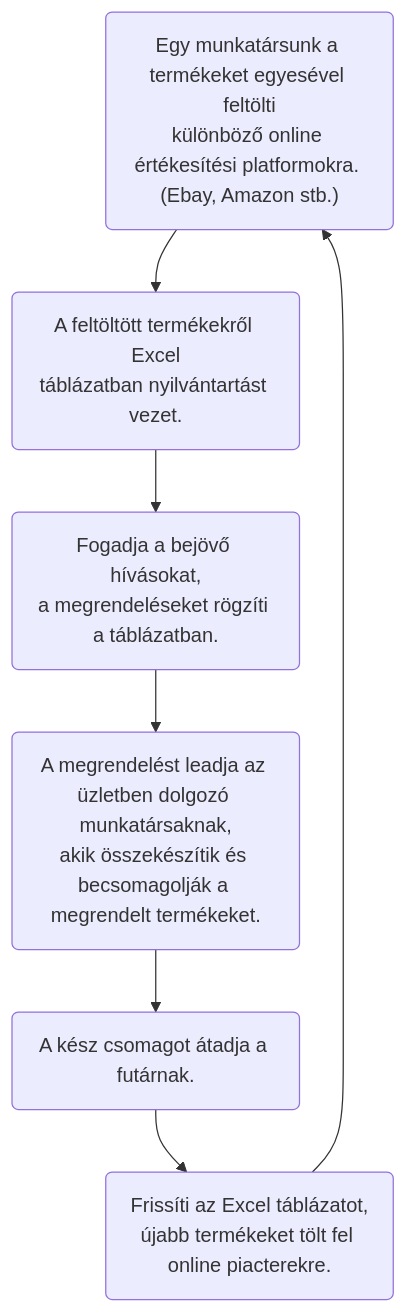
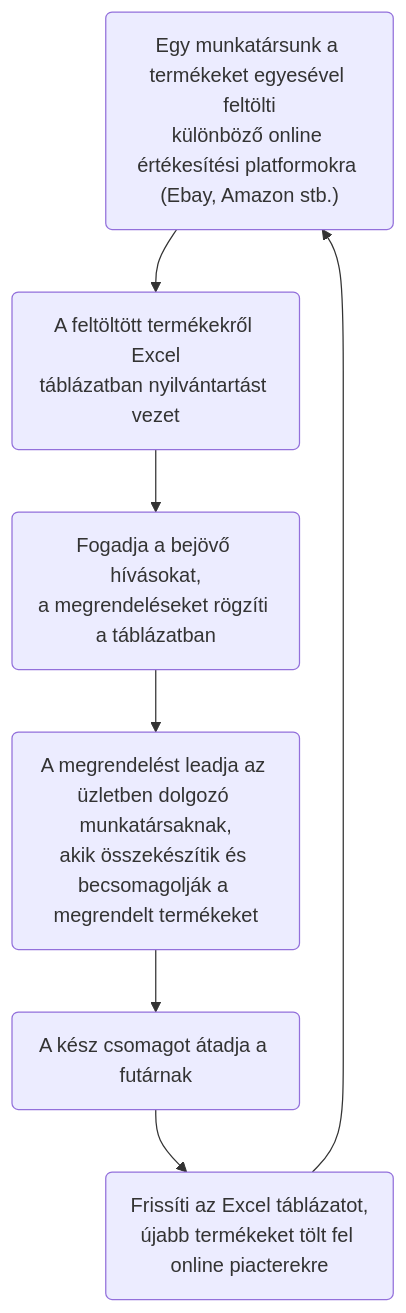
One commit to gkevin94/AFP2_2022_webshop_csoport changed the first of 2 diagrams in KövSpec.md. Above: the diagram before and after it, drawn with Mermaid. The commit also changed other lines of this file, not shown here.

````diff
--- a/KövSpec.md
+++ b/KövSpec.md
@@ -26,15 +26,15 @@
 ```mermaid
 flowchart TD;
-A("Egy munkatársunk a termékeket egyesével feltölti\nkülönböző online értékesítési platformokra. (Ebay, Amazon stb.)");
-B("A feltöltött termékekről Excel\ntáblázatban nyilvántartást vezet.");
-C("Fogadja a bejövő hívásokat,\na megrendeléseket rögzíti a táblázatban.");
-D("A megrendelést leadja az üzletben dolgozó munkatársaknak,\nakik összekészítik és becsomagolják a megrendelt termékeket.");
-E("A kész csomagot átadja a futárnak.");
-F("Frissíti az Excel táblázatot,\nújabb termékeket tölt fel online piacterekre.");
+A("Egy munkatársunk a termékeket egyesével feltölti\nkülönböző online értékesítési platformokra (Ebay, Amazon stb.)");
+B("A feltöltött termékekről Excel\ntáblázatban nyilvántartást vezet");
+C("Fogadja a bejövő hívásokat,\na megrendeléseket rögzíti a táblázatban");
+D("A megrendelést leadja az üzletben dolgozó munkatársaknak,\nakik összekészítik és becsomagolják a megrendelt termékeket");
+E("A kész csomagot átadja a futárnak");
+F("Frissíti az Excel táblázatot,\nújabb termékeket tölt fel online piacterekre");
 A-->B;
 B-->C;
 C-->D;
 D-->E;
 E-->F;
 F-->A;
 ```
````
